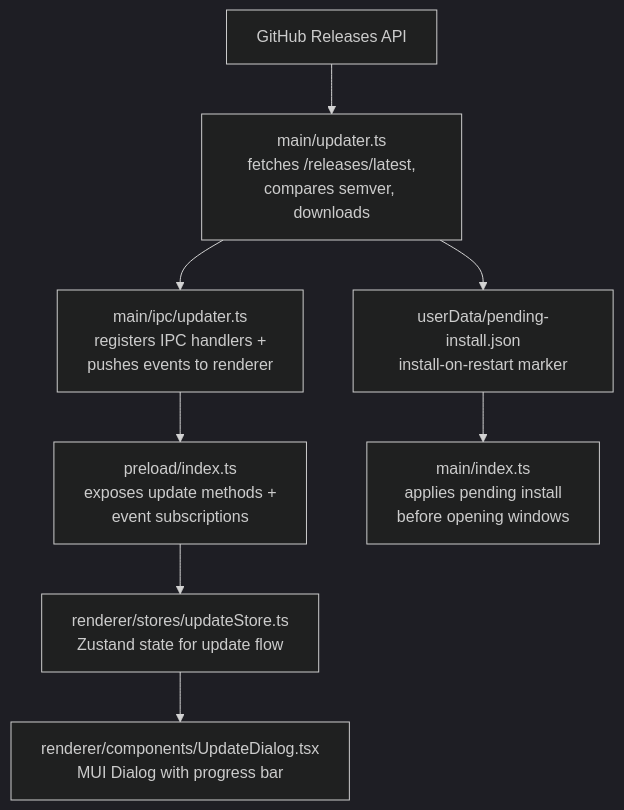
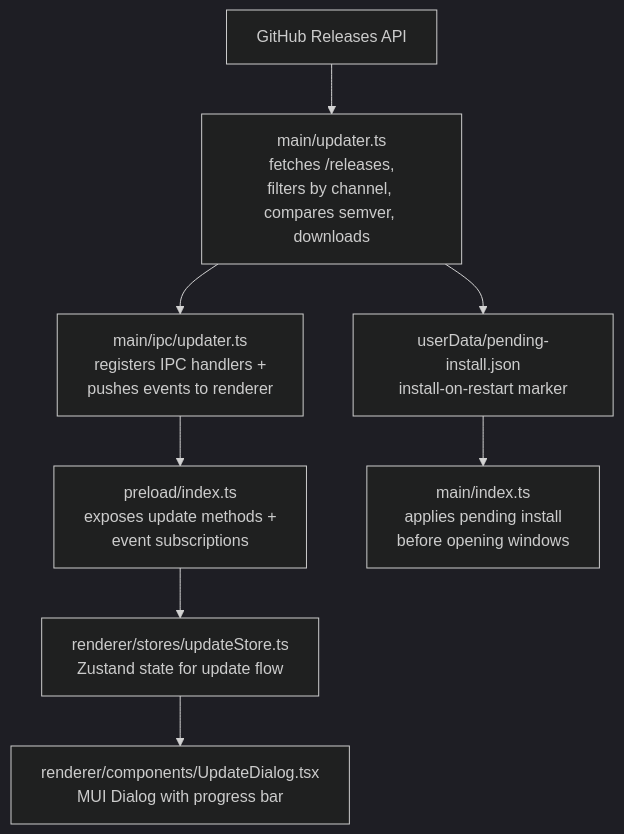
The diagram in docs/UPDATE_MANAGER.md (Sandeepv68/EncodeX), drawn with Mermaid (dark theme) before and after one commit. The commit also changed other lines of this file and 139 other files, not shown here.

````diff
--- a/docs/UPDATE_MANAGER.md
+++ b/docs/UPDATE_MANAGER.md
@@ -11,10 +11,10 @@
 ```mermaid
 flowchart TD
-    GH["GitHub Releases API"] --> U["main/updater.ts<br/>fetches /releases/latest,<br/>compares semver, downloads"]
+    GH["GitHub Releases API"] --> U["main/updater.ts<br/>fetches /releases,<br/>filters by channel, compares semver, downloads"]
     U --> I["main/ipc/updater.ts<br/>registers IPC handlers +<br/>pushes events to renderer"]
     I --> P["preload/index.ts<br/>exposes update methods +<br/>event subscriptions"]
     P --> S["renderer/stores/updateStore.ts<br/>Zustand state for update flow"]
     S --> D2["renderer/components/UpdateDialog.tsx<br/>MUI Dialog with progress bar"]
     U --> M["userData/pending-install.json<br/>install-on-restart marker"]
     M --> B["main/index.ts<br/>applies pending install<br/>before opening windows"]
 ```
````
